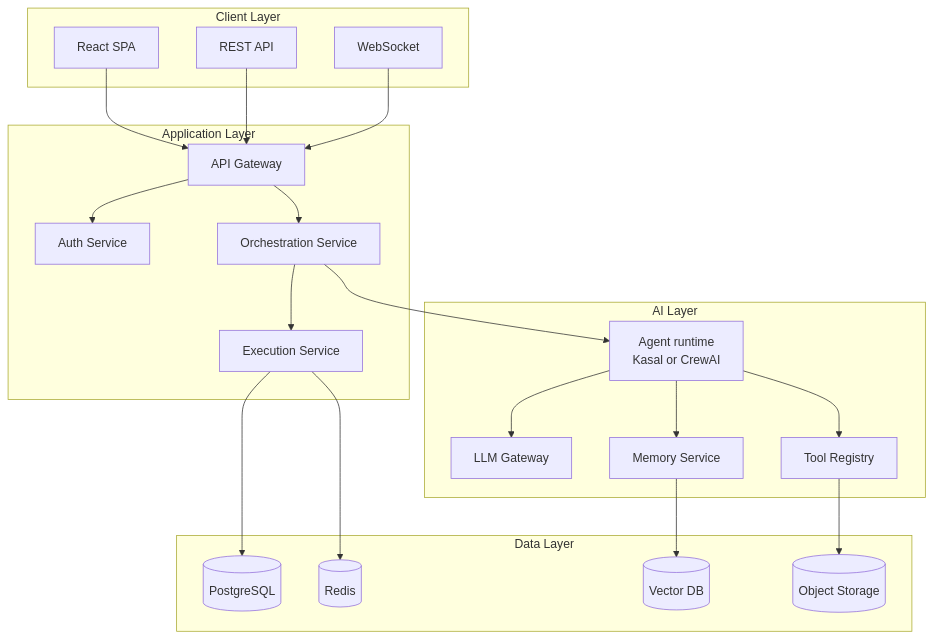
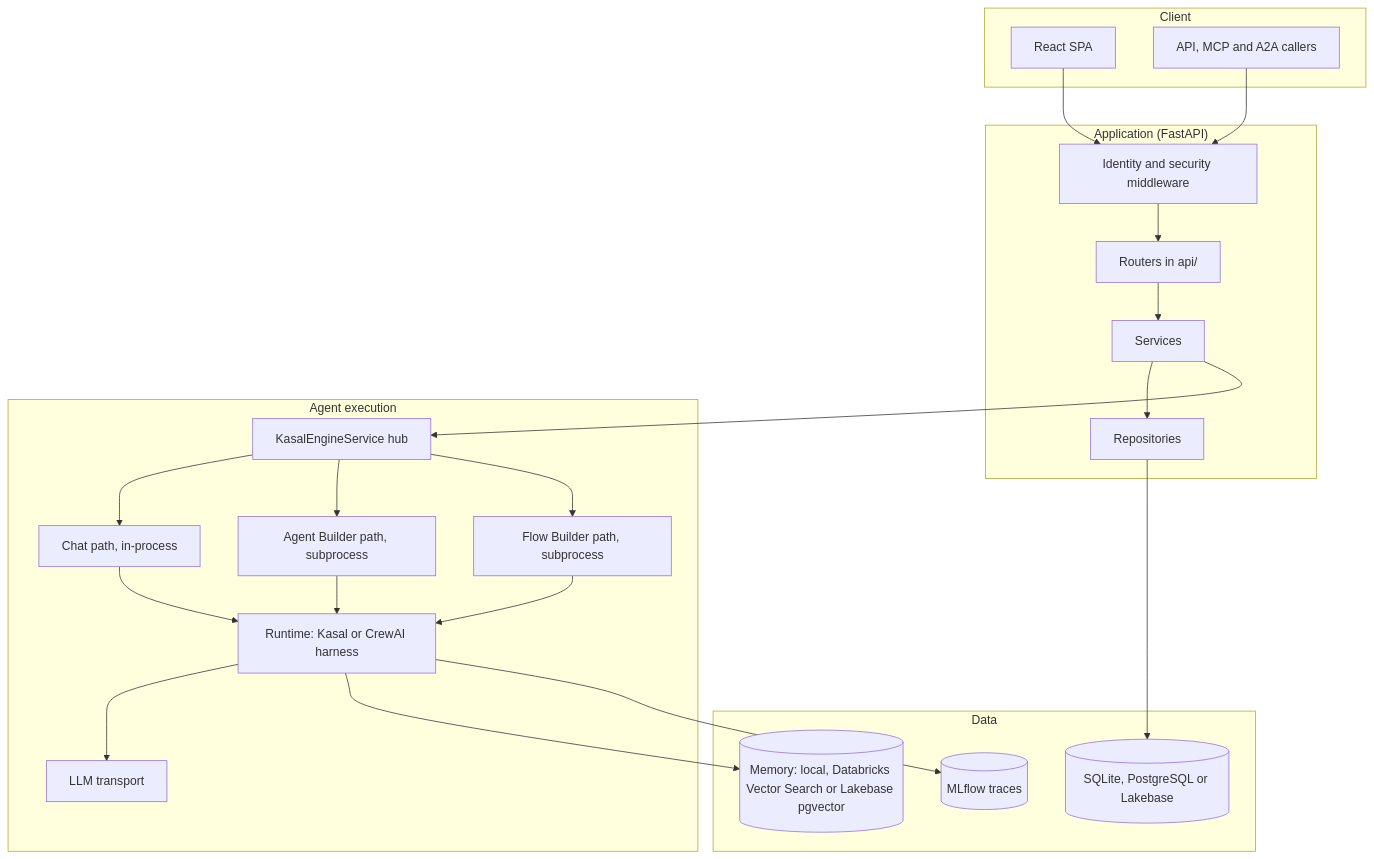
The diagram in src/docs/ARCHITECTURE_GUIDE.md (databrickslabs/kasal), drawn with Mermaid before and after one commit. The commit also changed other lines of this file and 11 other files, not shown here.

First line of the commit message:
docs: describe the current runtime and fix stale engine paths

````diff
--- a/src/docs/ARCHITECTURE_GUIDE.md
+++ b/src/docs/ARCHITECTURE_GUIDE.md
@@ -31,44 +31,46 @@
 ```mermaid
 graph TB
-    subgraph "Client Layer"
+    subgraph "Client"
         WEB[React SPA]
-        API[REST API]
-        WS[WebSocket]
+        EXT[API, MCP and A2A callers]
     end
 
-    subgraph "Application Layer"
-        GW[API Gateway]
-        AUTH[Auth Service]
-        ORCH[Orchestration Service]
-        EXEC[Execution Service]
+    subgraph "Application (FastAPI)"
+        MW[Identity and security middleware]
+        API[Routers in api/]
+        SVC[Services]
+        REPO[Repositories]
     end
 
-    subgraph "AI Layer"
-        CREW[Agent runtime<br/>Kasal or CrewAI]
-        LLM[LLM Gateway]
-        MEM[Memory Service]
-        TOOLS[Tool Registry]
+    subgraph "Agent execution"
+        HUB[KasalEngineService hub]
+        CHAT[Chat path, in-process]
+        AB[Agent Builder path, subprocess]
+        FB[Flow Builder path, subprocess]
+        RT[Runtime: Kasal or CrewAI harness]
+        LLM[LLM transport]
     end
 
-    subgraph "Data Layer"
-        PG[(PostgreSQL)]
-        REDIS[(Redis)]
-        VECTOR[(Vector DB)]
-        S3[(Object Storage)]
+    subgraph "Data"
+        DB[(SQLite, PostgreSQL or Lakebase)]
+        VEC[(Memory: local, Databricks Vector Search or Lakebase pgvector)]
+        MLF[(MLflow traces)]
     end
 
-    WEB --> GW
-    API --> GW
-    WS --> GW
-    GW --> AUTH
-    GW --> ORCH
-    ORCH --> CREW
-    CREW --> LLM
-    CREW --> MEM
-    CREW --> TOOLS
-    ORCH --> EXEC
-    EXEC --> PG
-    MEM --> VECTOR
-    EXEC --> REDIS
-    TOOLS --> S3
+    WEB --> MW
+    EXT --> MW
+    MW --> API
+    API --> SVC
+    SVC --> REPO
+    REPO --> DB
+    SVC --> HUB
+    HUB --> CHAT
+    HUB --> AB
+    HUB --> FB
+    CHAT --> RT
+    AB --> RT
+    FB --> RT
+    RT --> LLM
+    RT --> VEC
+    RT --> MLF
 ```
````
